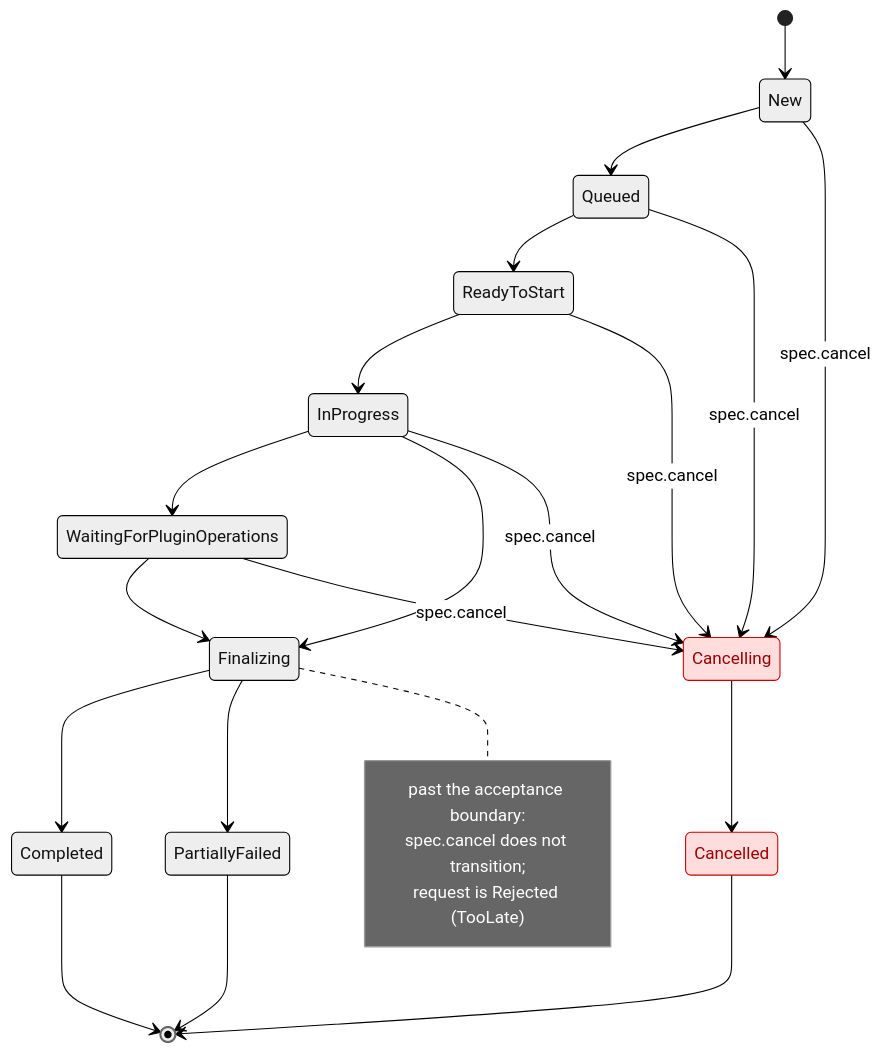
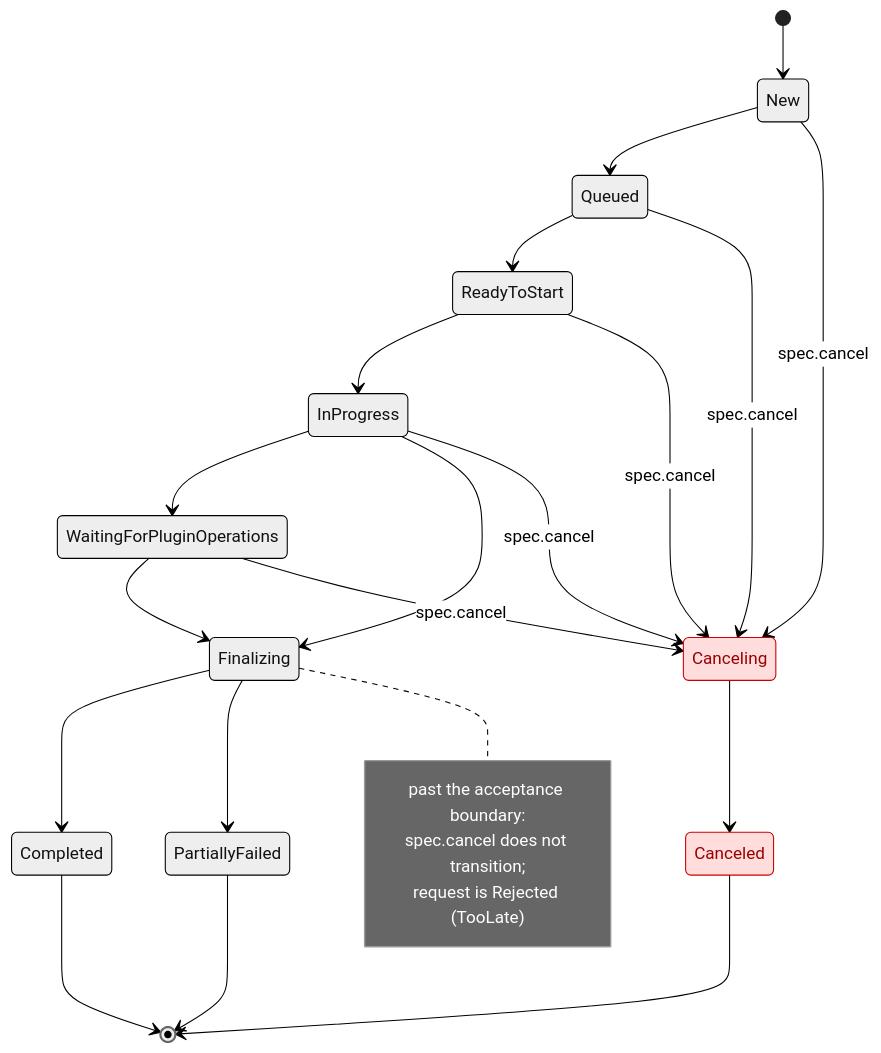
The first of 6 diagrams in design/backup-cancellation_design.md (vmware-tanzu/velero), drawn with Mermaid (neutral theme) before and after one commit. The commit also changed other lines of this file, not shown here.

First line of the commit message:
Use US spelling (Canceling/Canceled) in backup cancellation design

````diff
--- a/design/backup-cancellation_design.md
+++ b/design/backup-cancellation_design.md
@@ -41,31 +41,31 @@
 ```mermaid
 stateDiagram-v2
     [*] --> New
     New --> Queued
     Queued --> ReadyToStart
     ReadyToStart --> InProgress
     InProgress --> WaitingForPluginOperations
     InProgress --> Finalizing
     WaitingForPluginOperations --> Finalizing
     Finalizing --> Completed
     Finalizing --> PartiallyFailed
     Completed --> [*]
     PartiallyFailed --> [*]
 
-    New --> Cancelling: spec.cancel
-    Queued --> Cancelling: spec.cancel
-    ReadyToStart --> Cancelling: spec.cancel
-    InProgress --> Cancelling: spec.cancel
-    WaitingForPluginOperations --> Cancelling: spec.cancel
-    Cancelling --> Cancelled
-    Cancelled --> [*]
+    New --> Canceling: spec.cancel
+    Queued --> Canceling: spec.cancel
+    ReadyToStart --> Canceling: spec.cancel
+    InProgress --> Canceling: spec.cancel
+    WaitingForPluginOperations --> Canceling: spec.cancel
+    Canceling --> Canceled
+    Canceled --> [*]
 
     note right of Finalizing
         past the acceptance boundary:
         spec.cancel does not transition;
         request is Rejected (TooLate)
     end note
 
     classDef cancel fill:#fdd,stroke:#c00,color:#900
-    class Cancelling,Cancelled cancel
+    class Canceling,Canceled cancel
 ```
````
